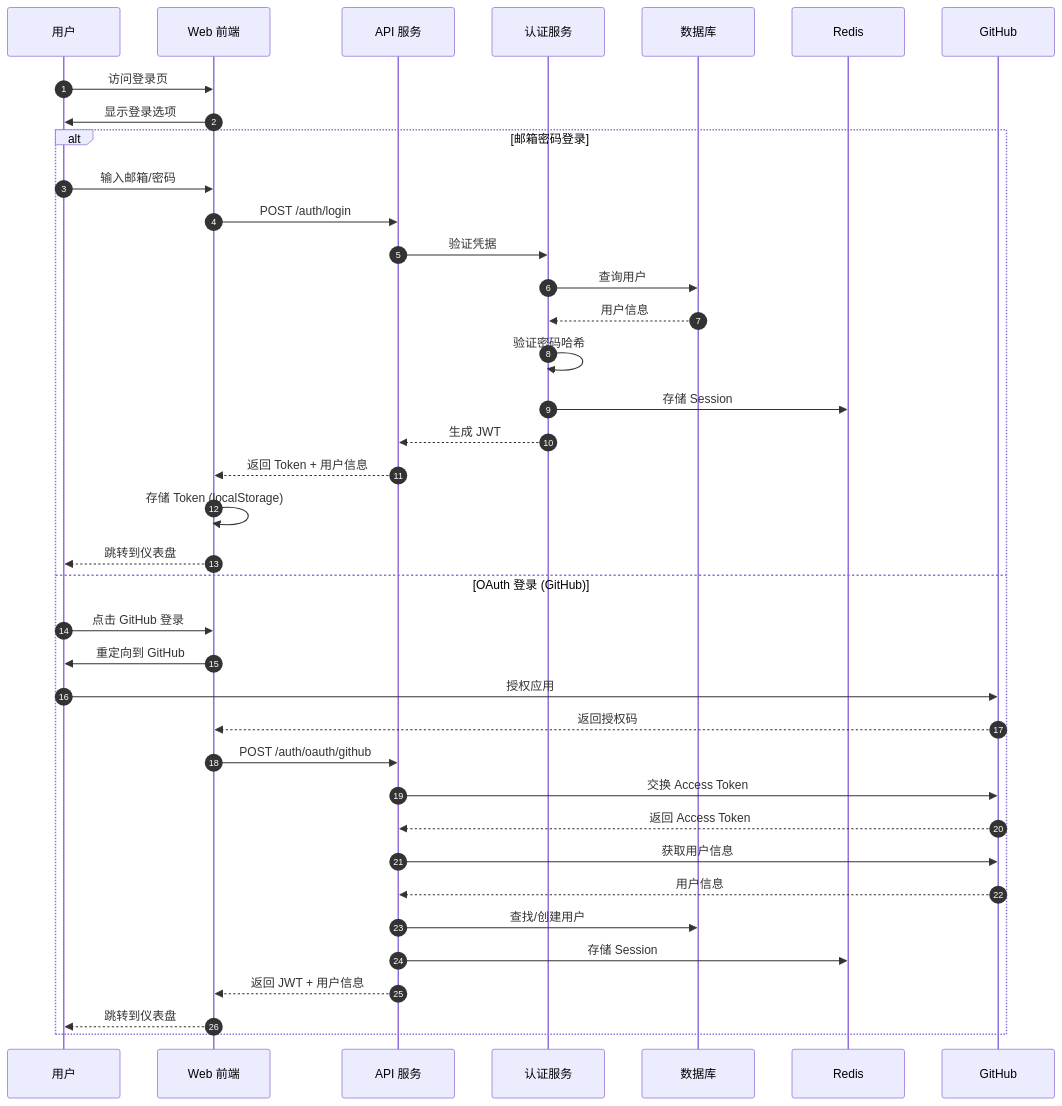
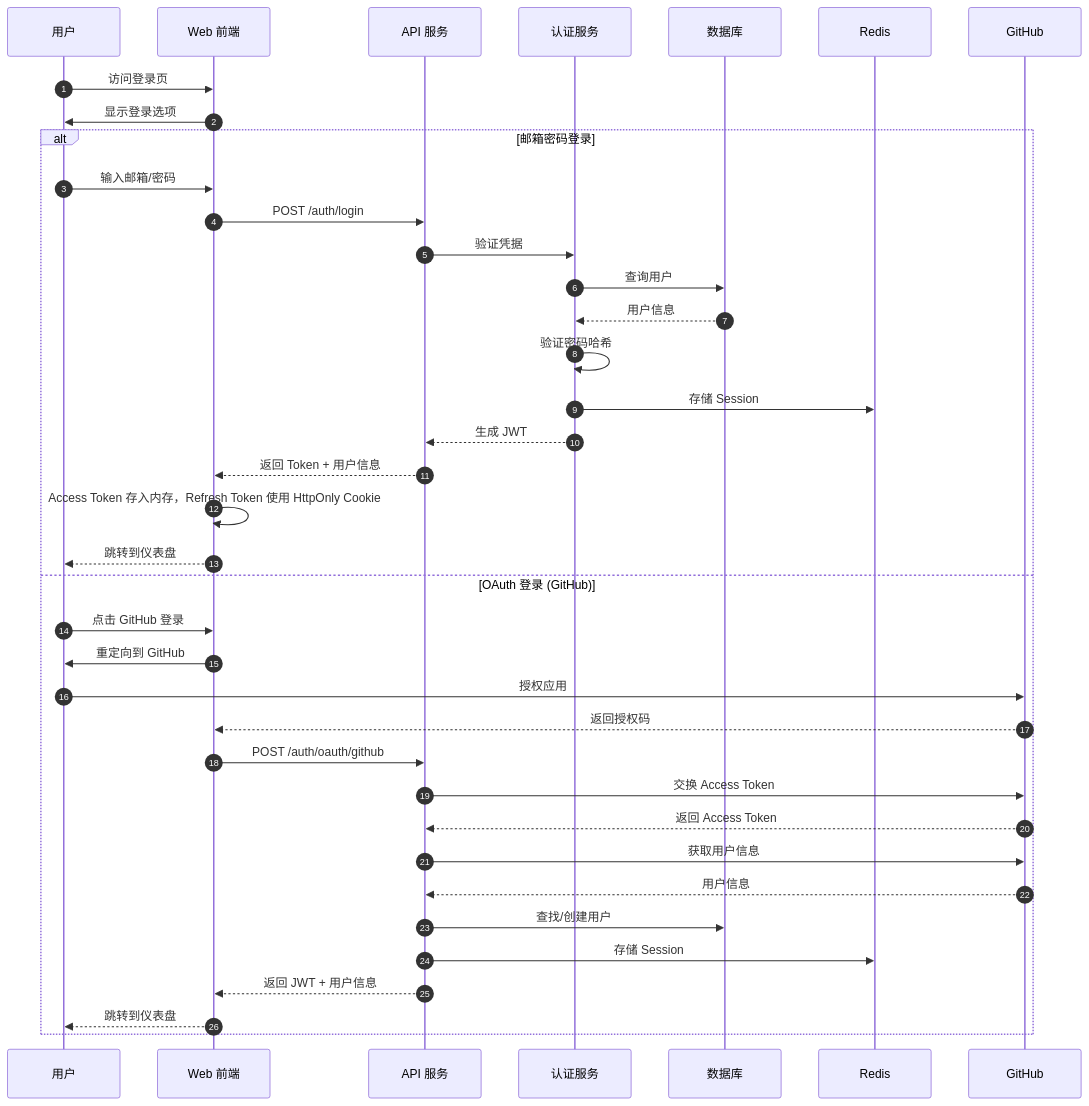
The first of 26 diagrams in docs/03-architecture/System_Flow_Diagrams.md (sujianjob/DevSmart), drawn with Mermaid before and after one commit. The commit also changed other lines of this file and 12 other files, not shown here.

````diff
--- a/docs/03-architecture/System_Flow_Diagrams.md
+++ b/docs/03-architecture/System_Flow_Diagrams.md
@@ -11,41 +11,41 @@
 ```mermaid
 sequenceDiagram
     autonumber
     participant User as 用户
     participant Web as Web 前端
     participant API as API 服务
     participant Auth as 认证服务
     participant DB as 数据库
     participant Redis as Redis
 
     User->>Web: 访问登录页
     Web->>User: 显示登录选项
 
     alt 邮箱密码登录
         User->>Web: 输入邮箱/密码
         Web->>API: POST /auth/login
         API->>Auth: 验证凭据
         Auth->>DB: 查询用户
         DB-->>Auth: 用户信息
         Auth->>Auth: 验证密码哈希
         Auth->>Redis: 存储 Session
         Auth-->>API: 生成 JWT
         API-->>Web: 返回 Token + 用户信息
-        Web->>Web: 存储 Token (localStorage)
+        Web->>Web: Access Token 存入内存，Refresh Token 使用 HttpOnly Cookie
         Web-->>User: 跳转到仪表盘
     else OAuth 登录 (GitHub)
         User->>Web: 点击 GitHub 登录
         Web->>User: 重定向到 GitHub
         User->>GitHub: 授权应用
         GitHub-->>Web: 返回授权码
         Web->>API: POST /auth/oauth/github
         API->>GitHub: 交换 Access Token
         GitHub-->>API: 返回 Access Token
         API->>GitHub: 获取用户信息
         GitHub-->>API: 用户信息
         API->>DB: 查找/创建用户
         API->>Redis: 存储 Session
         API-->>Web: 返回 JWT + 用户信息
         Web-->>User: 跳转到仪表盘
     end
 ```
````
